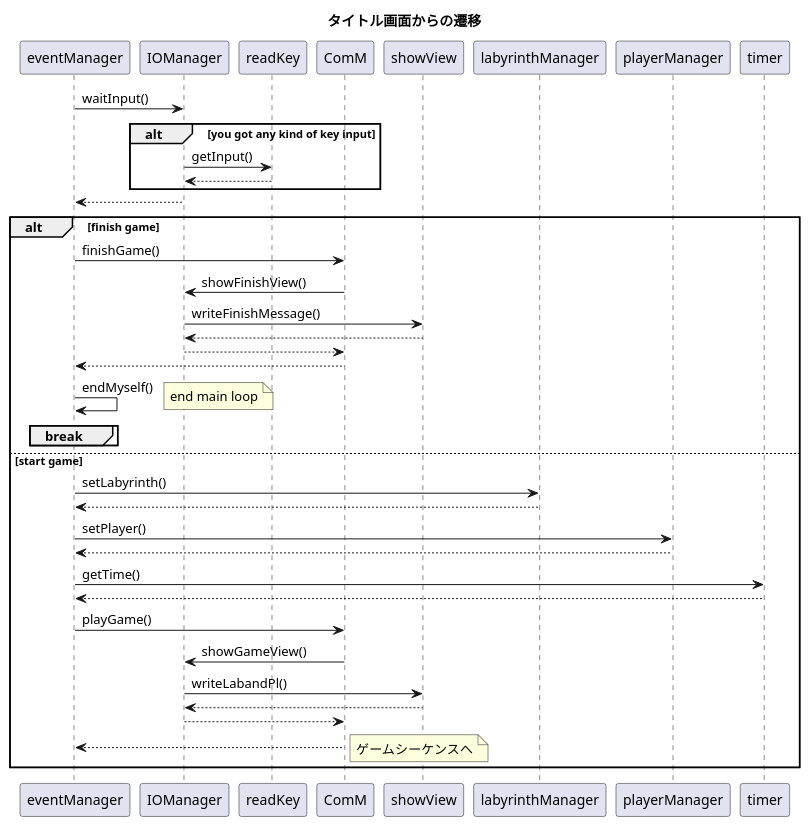
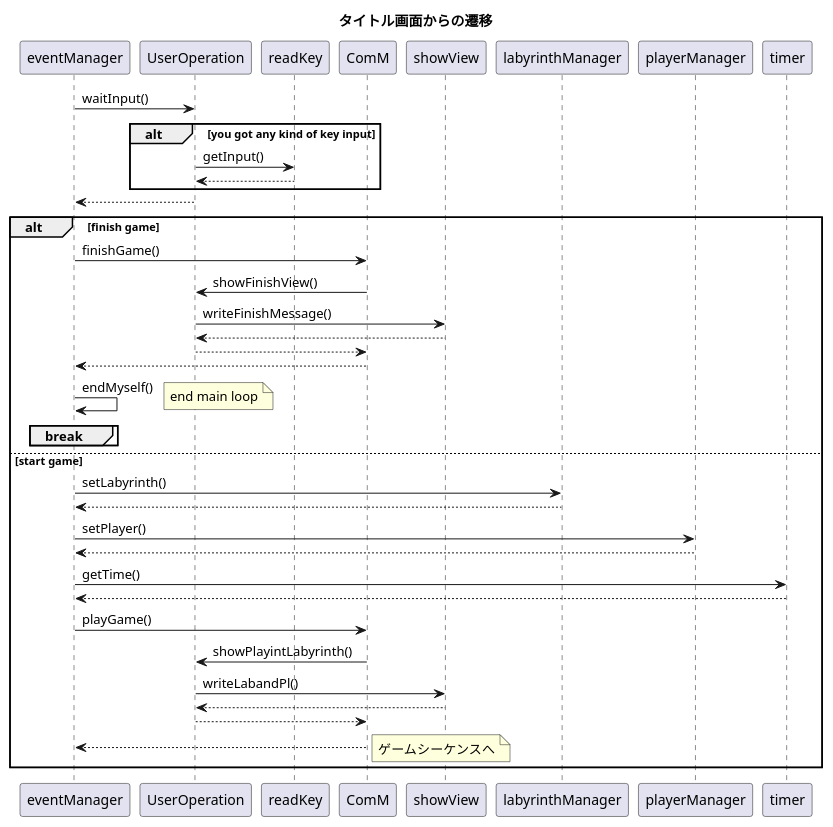
The diagram in Doc/S_startGame.pu (horiyoshihiro/LabyrinthGame), drawn with PlantUML before and after one commit. The commit also changed 35 other files, not shown here.

```diff
--- a/Doc/S_startGame.pu
+++ b/Doc/S_startGame.pu
@@ -1,50 +1,50 @@
 @startuml
 
 title タイトル画面からの遷移
 
-eventManager -> IOManager : waitInput()
+eventManager -> UserOperation : waitInput()
     alt you got any kind of key input
-        IOManager -> readKey : getInput()
-        readKey --> IOManager
+        UserOperation -> readKey : getInput()
+        readKey --> UserOperation
     end
-IOManager --> eventManager
+UserOperation --> eventManager
 
 alt finish game
     eventManager -> ComM : finishGame()
-        ComM -> IOManager : showFinishView()
-            IOManager -> showView : writeFinishMessage()
-            showView --> IOManager
-        IOManager --> ComM
+        ComM -> UserOperation : showFinishView()
+            UserOperation -> showView : writeFinishMessage()
+            showView --> UserOperation
+        UserOperation --> ComM
     ComM --> eventManager
     eventManager -> eventManager : endMyself()
     break
         note right
             end main loop
         end note
     end
 
 else start game
     eventManager -> labyrinthManager : setLabyrinth()
     labyrinthManager --> eventManager
     
     eventManager -> playerManager : setPlayer()
     playerManager -->eventManager
 
     eventManager -> timer : getTime()
     timer --> eventManager
 
     eventManager -> ComM : playGame()
-        ComM -> IOManager : showGameView()
-            IOManager -> showView : writeLabandPl()
-            showView --> IOManager
-        IOManager --> ComM
+        ComM -> UserOperation : showPlayintLabyrinth()
+            UserOperation -> showView : writeLabandPl()
+            showView --> UserOperation
+        UserOperation --> ComM
     ComM --> eventManager
 
     note right
         ゲームシーケンスへ
     end note
 
 end
 
 
 @enduml
```
